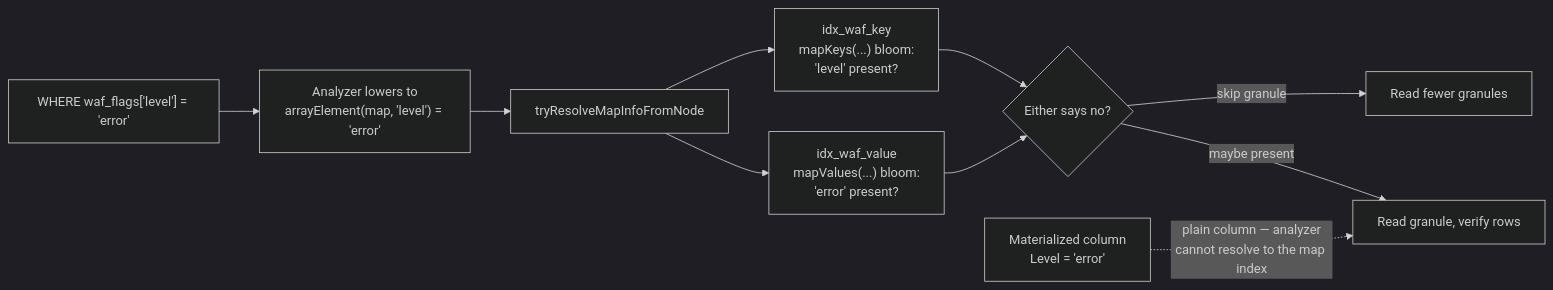
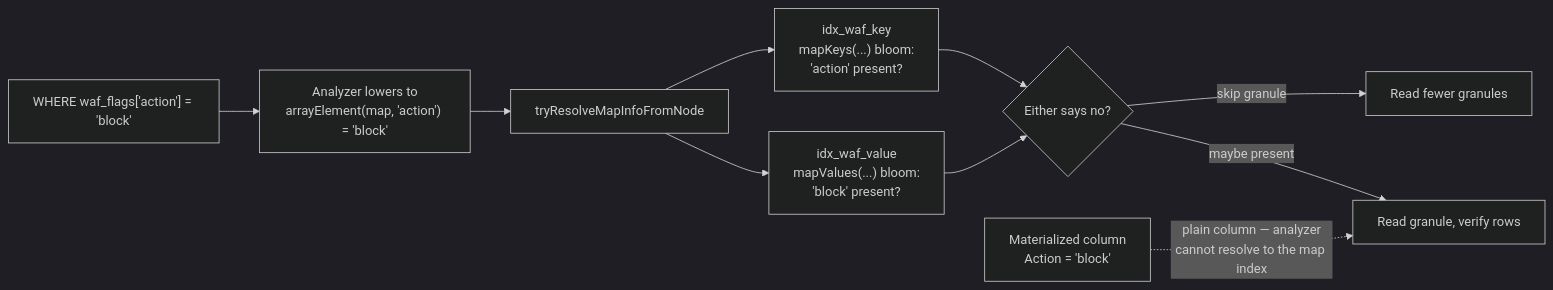
One commit to sks/sks.github.io changed the fifth of 8 diagrams in _posts/2026-11-15-clickhouse-tenant-tuning-from-source.md. Above: the diagram before and after it, drawn with Mermaid (dark theme). The commit also changed other lines of this file and 92 other files, not shown here.

````diff
--- a/_posts/2026-11-15-clickhouse-tenant-tuning-from-source.md
+++ b/_posts/2026-11-15-clickhouse-tenant-tuning-from-source.md
@@ -366,12 +370,12 @@
 ```mermaid
 flowchart LR
-    Q["WHERE waf_flags['level'] = 'error'"] --> LOW["Analyzer lowers to<br/>arrayElement(map, 'level') = 'error'"]
+    Q["WHERE waf_flags['action'] = 'block'"] --> LOW["Analyzer lowers to<br/>arrayElement(map, 'action') = 'block'"]
     LOW --> RES["tryResolveMapInfoFromNode"]
-    RES --> KI["idx_waf_key<br/>mapKeys(...) bloom:<br/>'level' present?"]
-    RES --> VI["idx_waf_value<br/>mapValues(...) bloom:<br/>'error' present?"]
+    RES --> KI["idx_waf_key<br/>mapKeys(...) bloom:<br/>'action' present?"]
+    RES --> VI["idx_waf_value<br/>mapValues(...) bloom:<br/>'block' present?"]
     KI --> PRUNE{"Either says no?"}
     VI --> PRUNE
     PRUNE -->|"skip granule"| SKIP["Read fewer granules"]
     PRUNE -->|"maybe present"| SCAN["Read granule, verify rows"]
-    M["Materialized column<br/>Level = 'error'"] -.->|"plain column — analyzer<br/>cannot resolve to the map index"| SCAN
+    M["Materialized column<br/>Action = 'block'"] -.->|"plain column — analyzer<br/>cannot resolve to the map index"| SCAN
 ```
````
